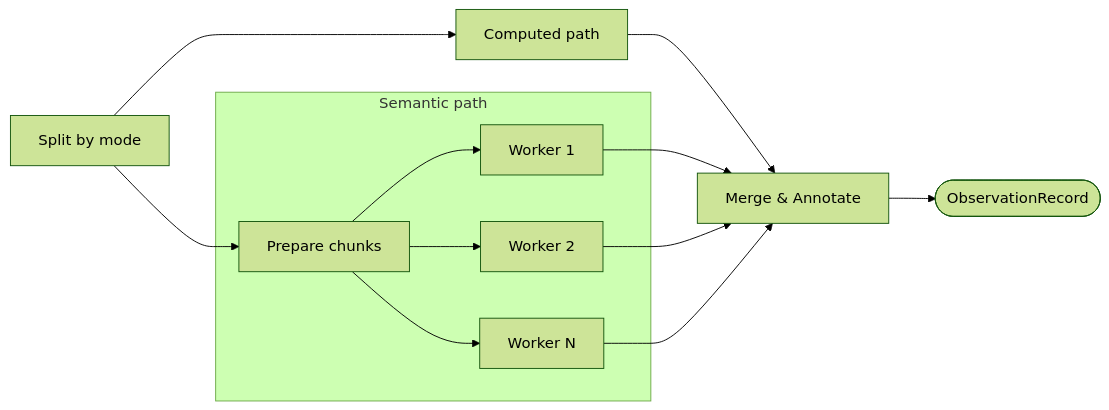
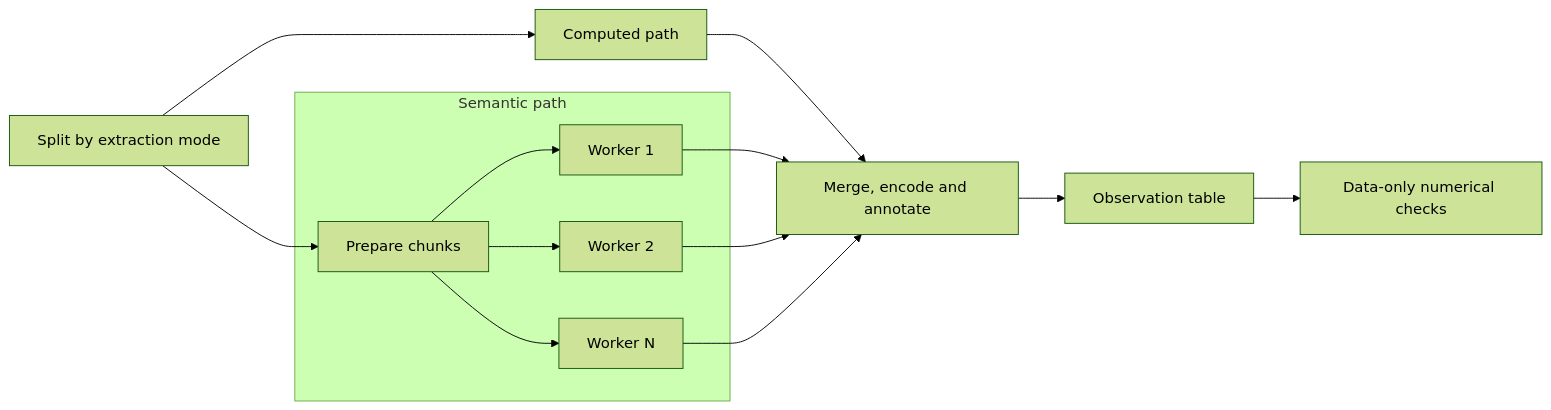
The diagram in docs/pipeline/extraction.md (ma9o/nof1-causal-lab), drawn with Mermaid (forest theme) before and after one commit. The commit also changed other lines of this file and 37 other files, not shown here.

First line of the commit message:
Checkpoint action-flow documentation and agent guidance

````diff
--- a/docs/pipeline/extraction.md
+++ b/docs/pipeline/extraction.md
@@ -22,14 +39,14 @@
 ```mermaid
 flowchart LR
-    S[Split by mode] --> C[Computed path] & P[Prepare chunks]
+    S[Split by extraction mode] --> C[Computed path] & P[Prepare chunks]
     P --> W1[Worker 1] & W2[Worker 2] & Wn[Worker N]
-    C --> M[Merge & Annotate]
+    C --> M[Merge, encode and annotate]
     W1 & W2 & Wn --> M
-    M --> O([ObservationRecord])
+    M --> O[Observation table] --> D[Data-only numerical checks]
     subgraph Semantic path
         P
         W1
         W2
         Wn
     end
 ```
````
